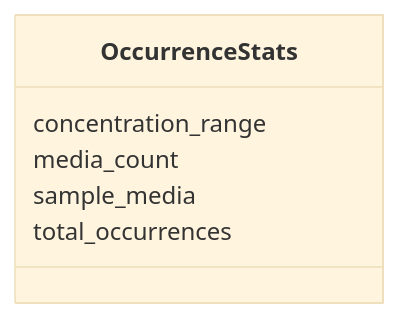
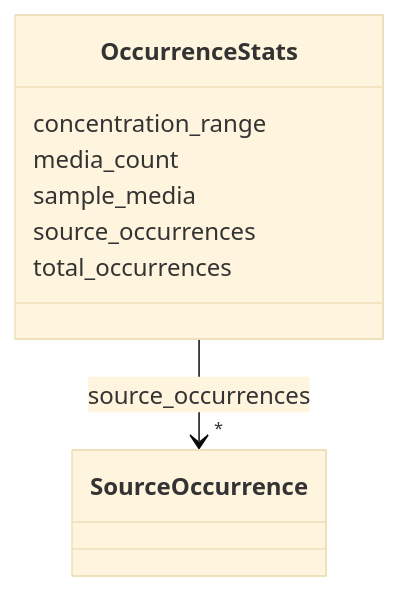
Before and after one commit to CultureBotAI/MediaIngredientMech: the diagram in docs/OccurrenceStats.md, drawn with Mermaid (base theme). The commit also changed other lines of this file and 141 other files, not shown here.

````diff
--- a/docs/OccurrenceStats.md
+++ b/docs/OccurrenceStats.md
@@ -18,14 +18,25 @@
 ```mermaid
  classDiagram
     class OccurrenceStats
     click OccurrenceStats href "../OccurrenceStats/"
       OccurrenceStats : concentration_range
-        
+
       OccurrenceStats : media_count
-        
+
       OccurrenceStats : sample_media
-        
+
+      OccurrenceStats : source_occurrences
+
+
+
+
+
+        OccurrenceStats --> "*" SourceOccurrence : source_occurrences
+        click SourceOccurrence href "../SourceOccurrence/"
+
+
+
       OccurrenceStats : total_occurrences
-        
-      
+
+
 ```
````
